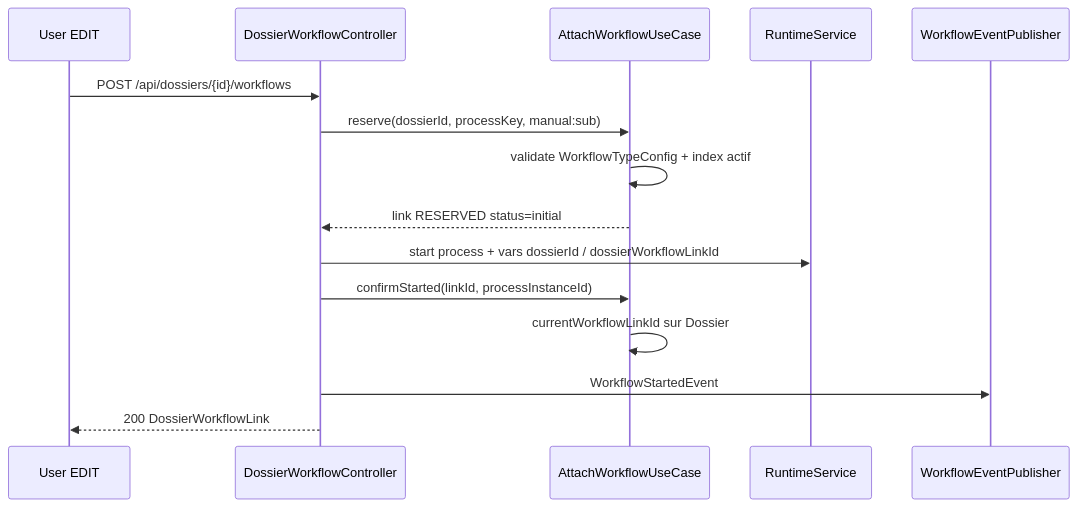
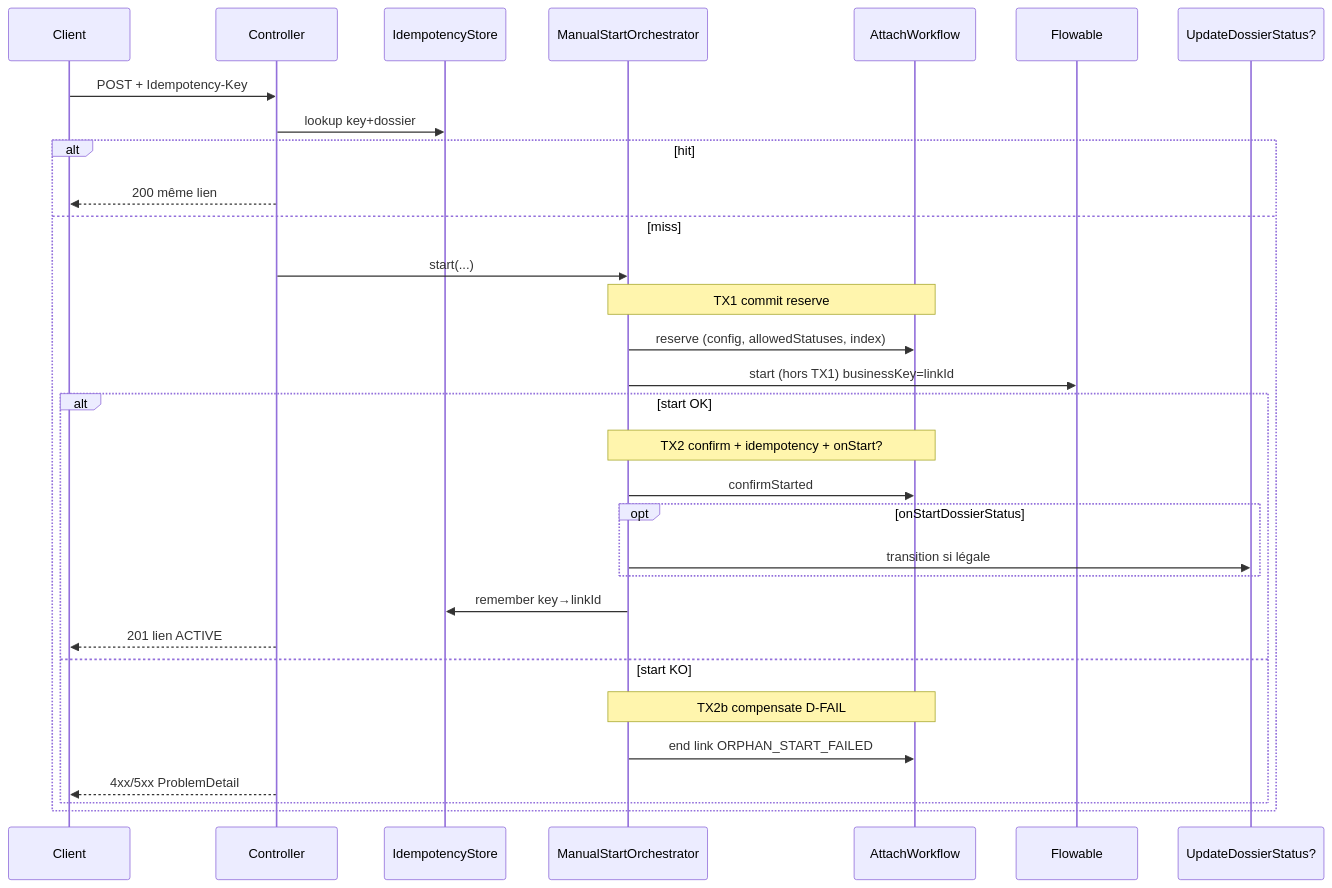
One commit to superjojo79/Myrmacta changed the second of 2 diagrams in docs/ai/design/2026-07-31-feature-workflow-engine.md. Above: the diagram before and after it, drawn with Mermaid. The commit also changed other lines of this file and 2 other files, not shown here.

First line of the commit message:
docs(workflow-engine): close phase 2 + draft design phase 3

````diff
--- a/docs/ai/design/2026-07-31-feature-workflow-engine.md
+++ b/docs/ai/design/2026-07-31-feature-workflow-engine.md
@@ -61,18 +91,34 @@
 ```mermaid
 sequenceDiagram
-  participant U as User EDIT
-  participant API as DossierWorkflowController
-  participant ATT as AttachWorkflowUseCase
-  participant FL as RuntimeService
-  participant PUB as WorkflowEventPublisher
+  participant C as Client
+  participant API as Controller
+  participant IDEM as IdempotencyStore
+  participant ORCH as ManualStartOrchestrator
+  participant ATT as AttachWorkflow
+  participant FL as Flowable
+  participant DOS as UpdateDossierStatus?
 
-  U->>API: POST /api/dossiers/{id}/workflows
-  API->>ATT: reserve(dossierId, processKey, manual:sub)
-  ATT->>ATT: validate WorkflowTypeConfig + index actif
-  ATT-->>API: link RESERVED status=initial
-  API->>FL: start process + vars dossierId / dossierWorkflowLinkId
-  API->>ATT: confirmStarted(linkId, processInstanceId)
-  ATT->>ATT: currentWorkflowLinkId sur Dossier
-  API->>PUB: WorkflowStartedEvent
-  API-->>U: 200 DossierWorkflowLink
+  C->>API: POST + Idempotency-Key
+  API->>IDEM: lookup key+dossier
+  alt hit
+    API-->>C: 200 même lien
+  else miss
+    API->>ORCH: start(...)
+    Note over ORCH,ATT: TX1 commit reserve
+    ORCH->>ATT: reserve (config, allowedStatuses, index)
+    ORCH->>FL: start (hors TX1) businessKey=linkId
+    alt start OK
+      Note over ORCH,ATT: TX2 confirm + idempotency + onStart?
+      ORCH->>ATT: confirmStarted
+      opt onStartDossierStatus
+        ORCH->>DOS: transition si légale
+      end
+      ORCH->>IDEM: remember key→linkId
+      API-->>C: 201 lien ACTIVE
+    else start KO
+      Note over ORCH,ATT: TX2b compensate D-FAIL
+      ORCH->>ATT: end link ORPHAN_START_FAILED
+      API-->>C: 4xx/5xx ProblemDetail
+    end
+  end
 ```
````
